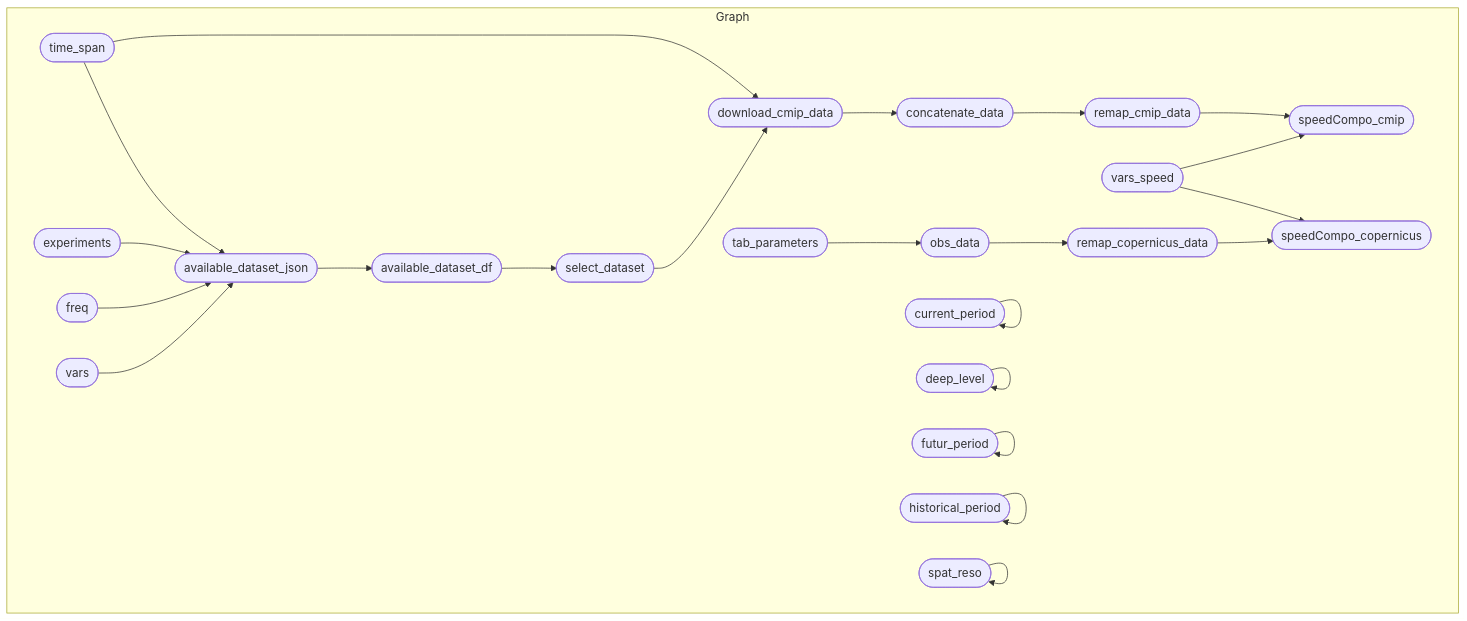
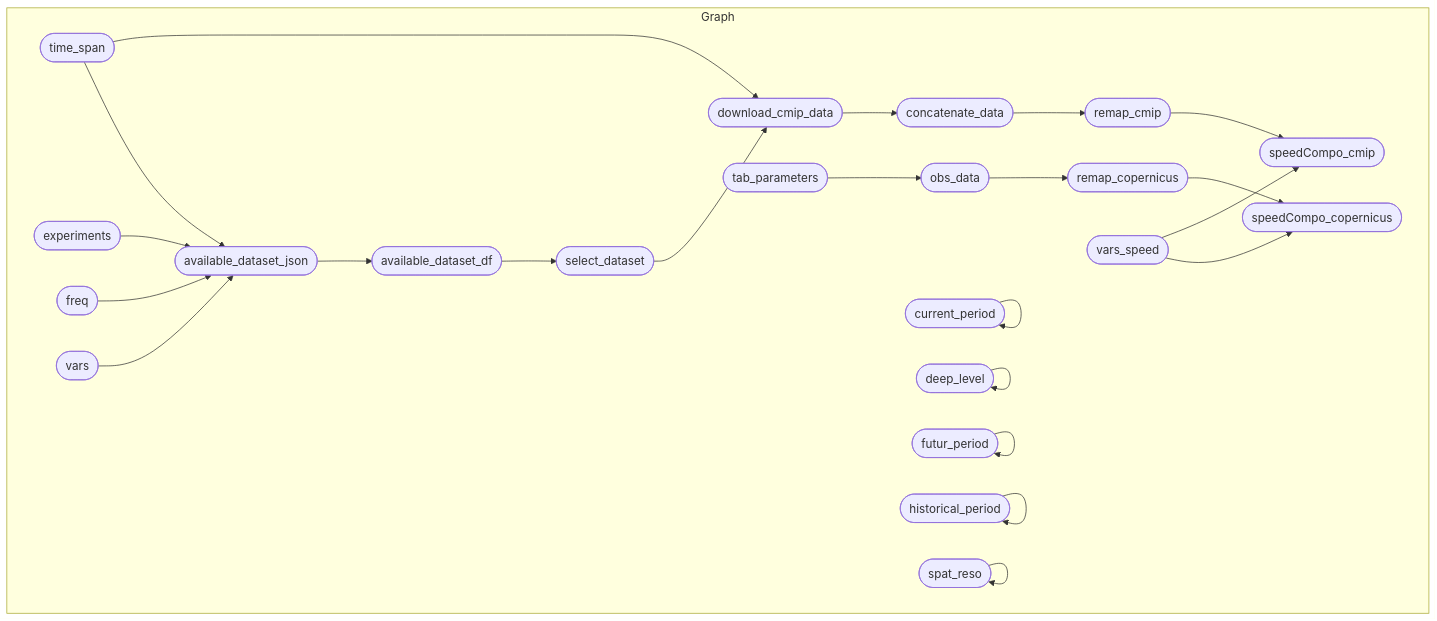
Before and after one commit to r-fernandezz/downshape: the diagram in README.md, drawn with Mermaid. The commit also changed other lines of this file and 3 other files, not shown here.

````diff
--- a/README.md
+++ b/README.md
@@ -22,27 +22,27 @@
 ``` mermaid
 graph LR
   subgraph Graph
     direction LR
-    x3f5ab24ee8d242b4(["select_dataset"]):::uptodate --> xba5d8678b6176d68(["download_cmip_data"]):::started
-    x2c0118dd07b06ac8(["time_span"]):::uptodate --> xba5d8678b6176d68(["download_cmip_data"]):::started
+    x3f5ab24ee8d242b4(["select_dataset"]):::uptodate --> xba5d8678b6176d68(["download_cmip_data"]):::errored
+    x2c0118dd07b06ac8(["time_span"]):::uptodate --> xba5d8678b6176d68(["download_cmip_data"]):::errored
     x6fcf9b0e7fc429ff(["available_dataset_json"]):::uptodate --> xe895740a9b7896f7(["available_dataset_df"]):::uptodate
-    x96804873c73726bd(["concatenate_data"]):::outdated --> x160e3ae24bfccc51(["remap_cmip_data"]):::outdated
+    xd7bca5ba4e5f539d(["obs_data"]):::uptodate --> xfe343bf7def0fc98(["remap_copernicus"]):::outdated
+    x96804873c73726bd(["concatenate_data"]):::outdated --> x89805fe5a461e372(["remap_cmip"]):::outdated
     xac02e5e58926353b(["experiments"]):::uptodate --> x6fcf9b0e7fc429ff(["available_dataset_json"]):::uptodate
     x906e78a8df9f52cb(["freq"]):::uptodate --> x6fcf9b0e7fc429ff(["available_dataset_json"]):::uptodate
     x2c0118dd07b06ac8(["time_span"]):::uptodate --> x6fcf9b0e7fc429ff(["available_dataset_json"]):::uptodate
     x8f15ec77b8dbd81a(["vars"]):::uptodate --> x6fcf9b0e7fc429ff(["available_dataset_json"]):::uptodate
-    x160e3ae24bfccc51(["remap_cmip_data"]):::outdated --> xe5de19f3be59da20(["speedCompo_cmip"]):::outdated
+    x89805fe5a461e372(["remap_cmip"]):::outdated --> xe5de19f3be59da20(["speedCompo_cmip"]):::outdated
     xca459201a27e8460(["vars_speed"]):::uptodate --> xe5de19f3be59da20(["speedCompo_cmip"]):::outdated
     xe895740a9b7896f7(["available_dataset_df"]):::uptodate --> x3f5ab24ee8d242b4(["select_dataset"]):::uptodate
-    xd7bca5ba4e5f539d(["obs_data"]):::uptodate --> x8bfa010e2da6177f(["remap_copernicus_data"]):::uptodate
-    x8bfa010e2da6177f(["remap_copernicus_data"]):::uptodate --> xfc6ed28680e5db72(["speedCompo_copernicus"]):::uptodate
-    xca459201a27e8460(["vars_speed"]):::uptodate --> xfc6ed28680e5db72(["speedCompo_copernicus"]):::uptodate
-    xba5d8678b6176d68(["download_cmip_data"]):::started --> x96804873c73726bd(["concatenate_data"]):::outdated
+    xfe343bf7def0fc98(["remap_copernicus"]):::outdated --> xfc6ed28680e5db72(["speedCompo_copernicus"]):::outdated
+    xca459201a27e8460(["vars_speed"]):::uptodate --> xfc6ed28680e5db72(["speedCompo_copernicus"]):::outdated
+    xba5d8678b6176d68(["download_cmip_data"]):::errored --> x96804873c73726bd(["concatenate_data"]):::outdated
     x4301c707c2ab0cdc(["tab_parameters"]):::uptodate --> xd7bca5ba4e5f539d(["obs_data"]):::uptodate
     x084994fb0e480676(["current_period"]):::uptodate --> x084994fb0e480676(["current_period"]):::uptodate
     x625f066a5f205ec8(["deep_level"]):::uptodate --> x625f066a5f205ec8(["deep_level"]):::uptodate
     xbce5cad1cf7e7103(["futur_period"]):::uptodate --> xbce5cad1cf7e7103(["futur_period"]):::uptodate
     x57dd1d5e854c11b6(["historical_period"]):::uptodate --> x57dd1d5e854c11b6(["historical_period"]):::uptodate
     xe73cbbcc20086ecd(["spat_reso"]):::uptodate --> xe73cbbcc20086ecd(["spat_reso"]):::uptodate
   end
 ```
````
